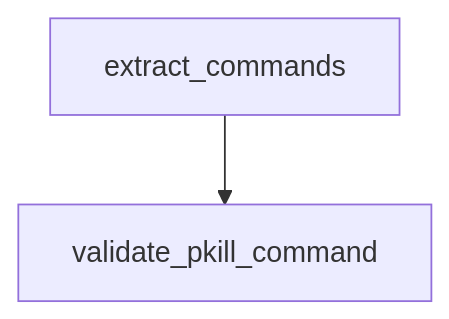
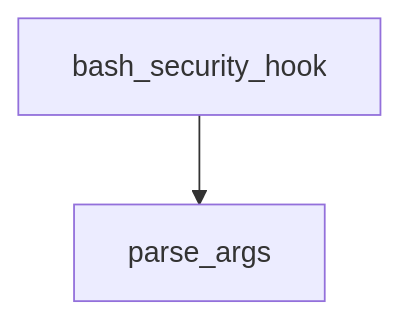
The diagram in tutorials/claude-quickstarts-tutorial/04-browser-computer-use.md (johnxie/awesome-code-docs), drawn with Mermaid before and after one commit. The commit also changed other lines of this file and 1232 other files, not shown here.

````diff
--- a/tutorials/claude-quickstarts-tutorial/04-browser-computer-use.md
+++ b/tutorials/claude-quickstarts-tutorial/04-browser-computer-use.md
@@ -205,6 +203,6 @@
 ```mermaid
 flowchart TD
-    A[extract_commands]
-    B[validate_pkill_command]
+    A[bash_security_hook]
+    B[parse_args]
     A --> B
 ```
````
